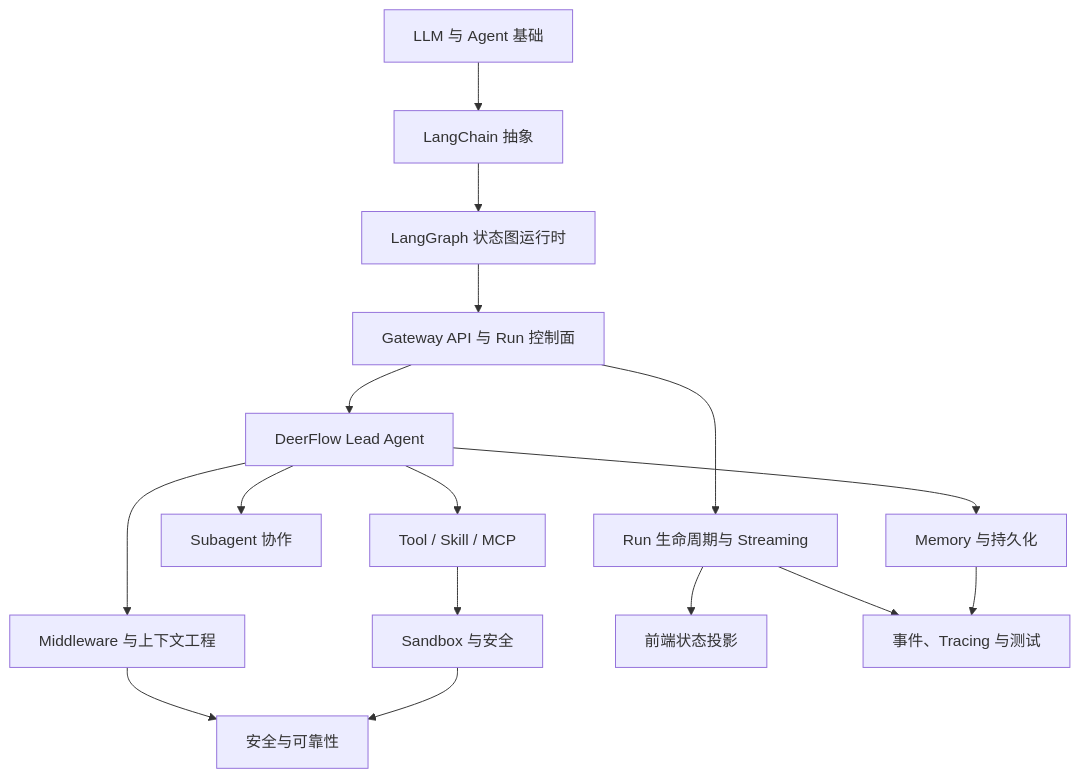
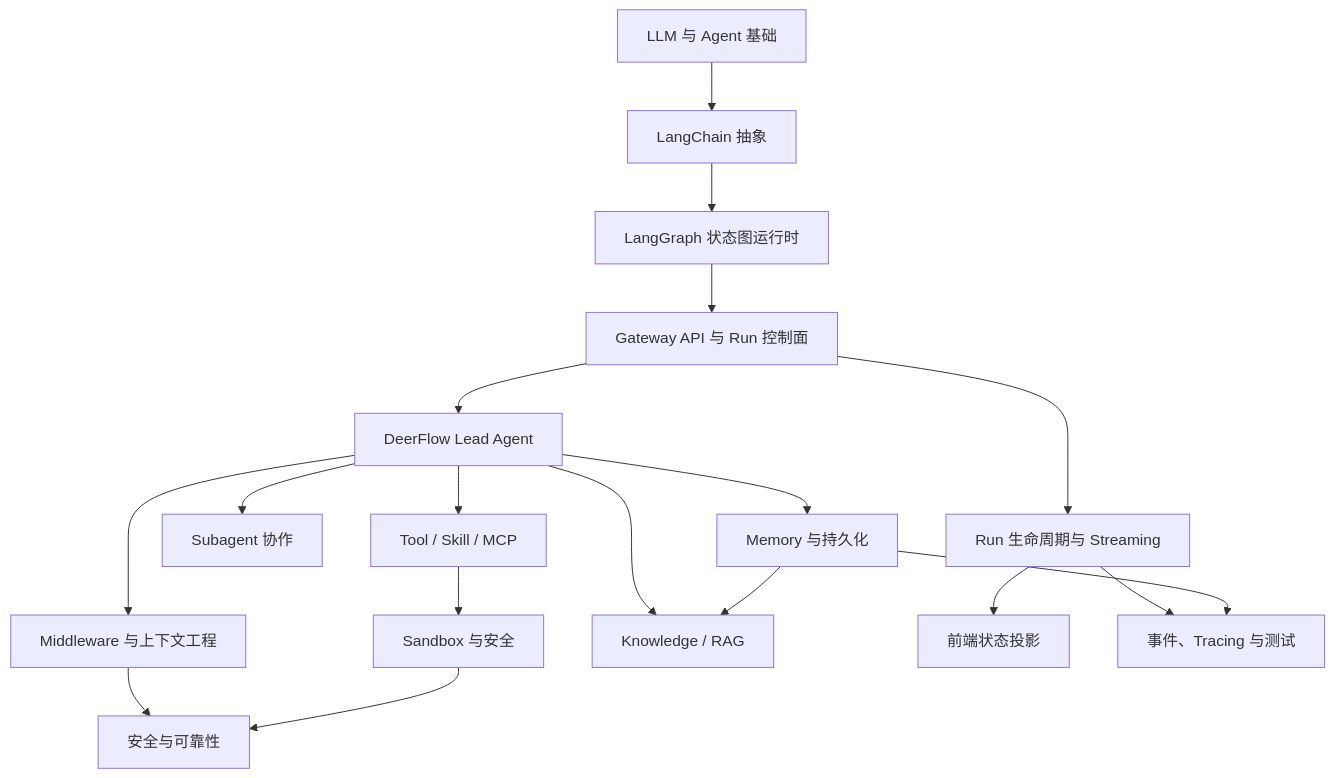
The diagram in learn/00-learning-goal-and-roadmap.md (luster422/deer-flow), drawn with Mermaid before and after one commit. The commit also changed other lines of this file and 3 other files, not shown here.

First line of the commit message:
docs: add DeerFlow Knowledge RAG learning chapter

````diff
--- a/learn/00-learning-goal-and-roadmap.md
+++ b/learn/00-learning-goal-and-roadmap.md
@@ -29,18 +29,20 @@
 ```mermaid
 flowchart TD
     Foundation[LLM 与 Agent 基础] --> LangChain[LangChain 抽象]
     LangChain --> LangGraph[LangGraph 状态图运行时]
     LangGraph --> Gateway[Gateway API 与 Run 控制面]
     Gateway --> AgentCore[DeerFlow Lead Agent]
     AgentCore --> Middleware[Middleware 与上下文工程]
     AgentCore --> Capabilities[Tool / Skill / MCP]
     Capabilities --> Sandbox[Sandbox 与安全]
     AgentCore --> Subagents[Subagent 协作]
     AgentCore --> Memory[Memory 与持久化]
+    AgentCore --> Knowledge[Knowledge / RAG]
+    Memory --> Knowledge
     Gateway --> Runtime[Run 生命周期与 Streaming]
     Runtime --> Frontend[前端状态投影]
     Runtime --> Observability[事件、Tracing 与测试]
     Middleware --> Security[安全与可靠性]
     Sandbox --> Security
     Memory --> Observability
 ```
````
